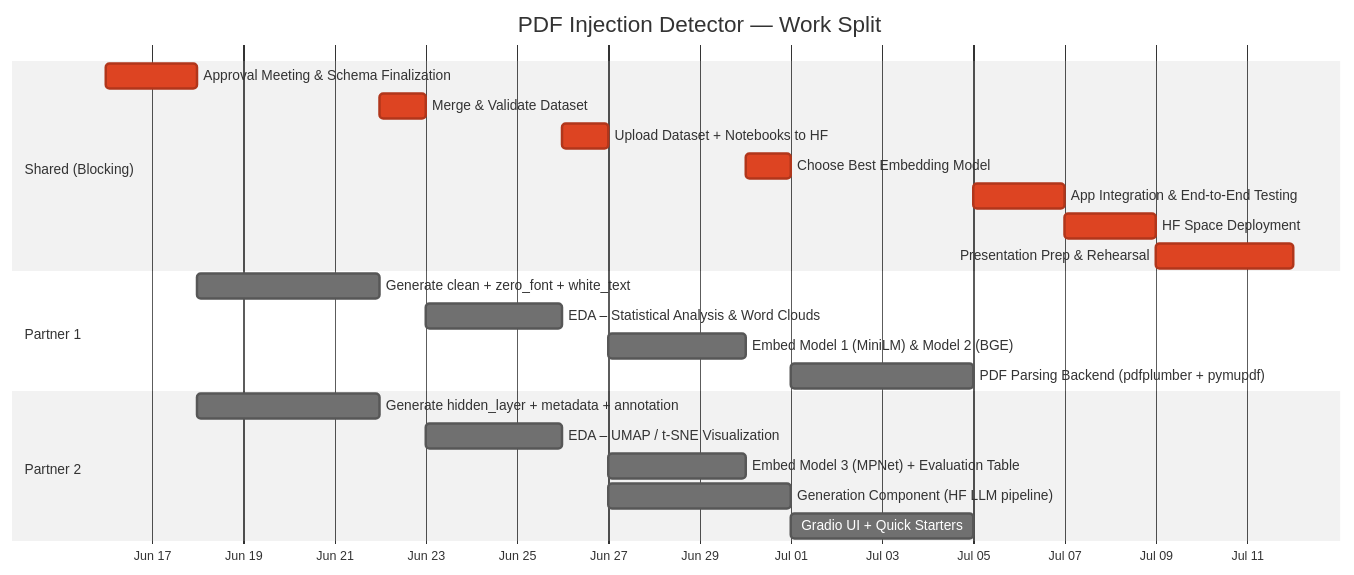
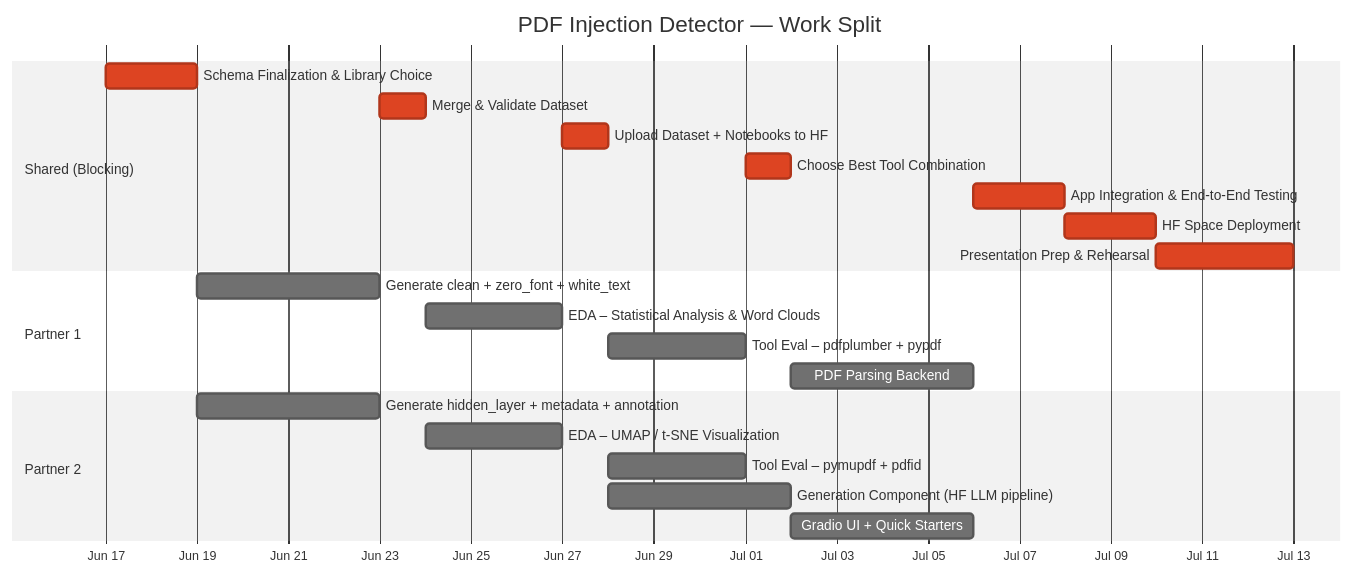
Before and after one commit to bento2002/Final-Assignment: the diagram in Roadmap.md, drawn with Mermaid (neutral theme). The commit also changed other lines of this file and 7 other files, not shown here.

````diff
--- a/Roadmap.md
+++ b/Roadmap.md
@@ -313,28 +320,28 @@
 ```mermaid
 gantt
     title PDF Injection Detector — Work Split
     dateFormat  YYYY-MM-DD
     axisFormat  %b %d
 
     section Shared (Blocking)
-    Approval Meeting & Schema Finalization  :crit, 2026-06-16, 2d
-    Merge & Validate Dataset                :crit, 2026-06-22, 1d
-    Upload Dataset + Notebooks to HF        :crit, 2026-06-26, 1d
-    Choose Best Embedding Model             :crit, 2026-06-30, 1d
-    App Integration & End-to-End Testing    :crit, 2026-07-05, 2d
-    HF Space Deployment                     :crit, 2026-07-07, 2d
-    Presentation Prep & Rehearsal           :crit, 2026-07-09, 3d
+    Schema Finalization & Library Choice      :crit, 2026-06-17, 2d
+    Merge & Validate Dataset                  :crit, 2026-06-23, 1d
+    Upload Dataset + Notebooks to HF          :crit, 2026-06-27, 1d
+    Choose Best Tool Combination              :crit, 2026-07-01, 1d
+    App Integration & End-to-End Testing      :crit, 2026-07-06, 2d
+    HF Space Deployment                       :crit, 2026-07-08, 2d
+    Presentation Prep & Rehearsal             :crit, 2026-07-10, 3d
 
     section Partner 1
-    Generate clean + zero_font + white_text     :2026-06-18, 4d
-    EDA – Statistical Analysis & Word Clouds    :2026-06-23, 3d
-    Embed Model 1 (MiniLM) & Model 2 (BGE)     :2026-06-27, 3d
-    PDF Parsing Backend (pdfplumber + pymupdf)  :2026-07-01, 4d
+    Generate clean + zero_font + white_text   :2026-06-19, 4d
+    EDA – Statistical Analysis & Word Clouds  :2026-06-24, 3d
+    Tool Eval – pdfplumber + pypdf            :2026-06-28, 3d
+    PDF Parsing Backend                       :2026-07-02, 4d
 
     section Partner 2
-    Generate hidden_layer + metadata + annotation   :2026-06-18, 4d
-    EDA – UMAP / t-SNE Visualization                :2026-06-23, 3d
-    Embed Model 3 (MPNet) + Evaluation Table        :2026-06-27, 3d
-    Generation Component (HF LLM pipeline)          :2026-06-27, 4d
-    Gradio UI + Quick Starters                      :2026-07-01, 4d
+    Generate hidden_layer + metadata + annotation  :2026-06-19, 4d
+    EDA – UMAP / t-SNE Visualization               :2026-06-24, 3d
+    Tool Eval – pymupdf + pdfid                    :2026-06-28, 3d
+    Generation Component (HF LLM pipeline)         :2026-06-28, 4d
+    Gradio UI + Quick Starters                     :2026-07-02, 4d
 ```
````
